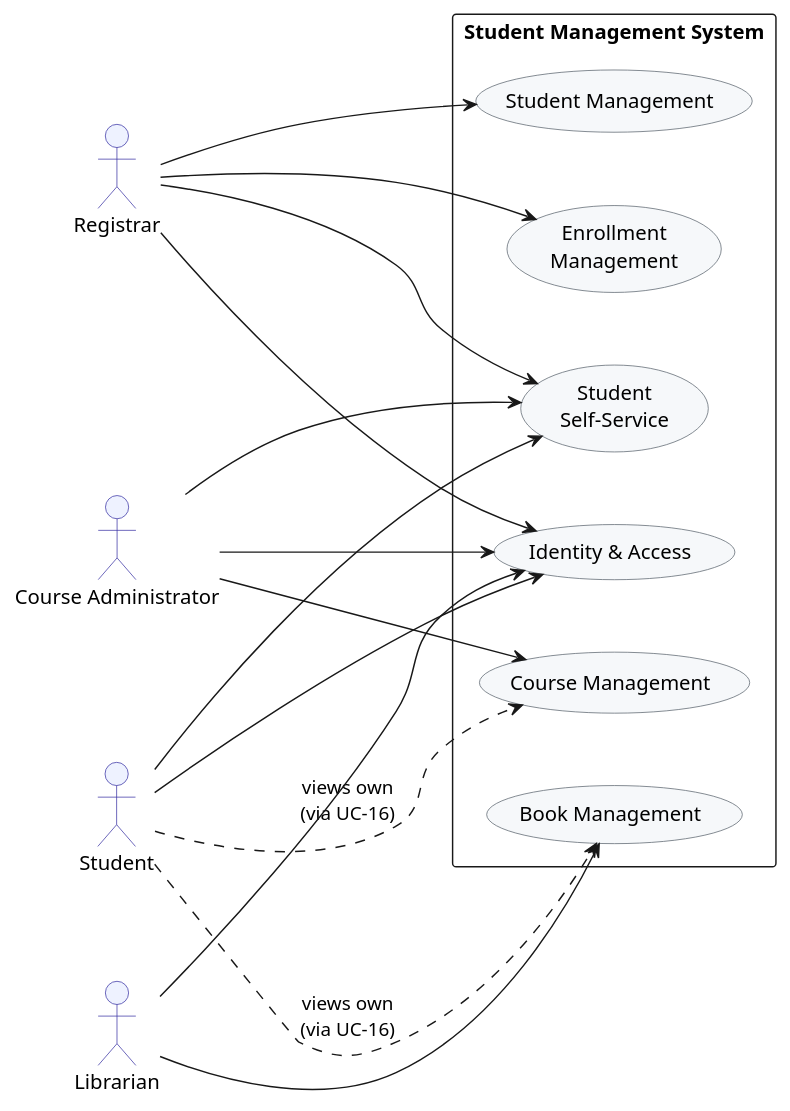
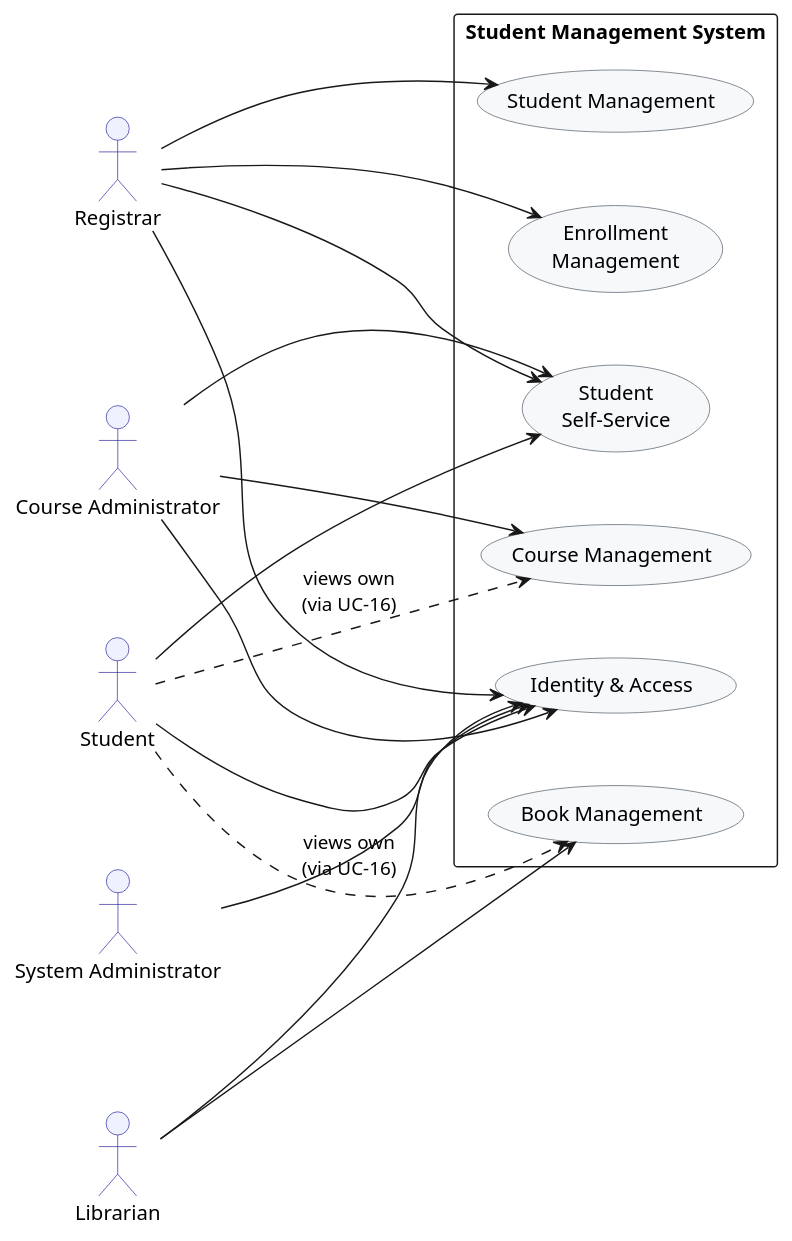
The diagram in docs/BA-docs/use-case-diagram-assets/01-overview.puml (phuchoang2005/Student-Management-System), drawn with PlantUML before and after one commit. The commit also changed 44 other files, not shown here.

```diff
--- a/docs/BA-docs/use-case-diagram-assets/01-overview.puml
+++ b/docs/BA-docs/use-case-diagram-assets/01-overview.puml
@@ -1,49 +1,52 @@
 @startuml
 left to right direction
 skinparam packageStyle rectangle
 skinparam backgroundColor transparent
 skinparam nodesep 50
 skinparam ranksep 110
 skinparam usecase {
   BackgroundColor #F6F8FA
   BorderColor #57606A
 }
 skinparam actor {
   BackgroundColor #EEF2FF
   BorderColor #3730A3
 }
 
 ' Actor and use-case declaration order below is chosen (via brute-force
 ' crossing-count search) to minimize arrow crossings for this many-to-many
 ' fan-out; it does not need to match the actor order in other diagrams.
 actor Registrar
 actor "Course Administrator" as CourseAdmin
 actor Student
 actor Librarian
+actor "System Administrator" as SysAdmin
 
 rectangle "Student Management System" {
   usecase "Student Management" as G1
   usecase "Enrollment\nManagement" as G4
   usecase "Student\nSelf-Service" as G6
   usecase "Identity & Access" as G5
   usecase "Course Management" as G3
   usecase "Book Management" as G2
 }
 
 Registrar --> G1
 Registrar --> G4
 Registrar --> G6
 Registrar --> G5
 
 CourseAdmin --> G3
 CourseAdmin --> G6
 CourseAdmin --> G5
 
 Student --> G6
 Student --> G5
 Student ..> G2 : views own\n(via UC-16)
 Student ..> G3 : views own\n(via UC-16)
 
 Librarian --> G2
 Librarian --> G5
+
+SysAdmin --> G5
 @enduml
```
